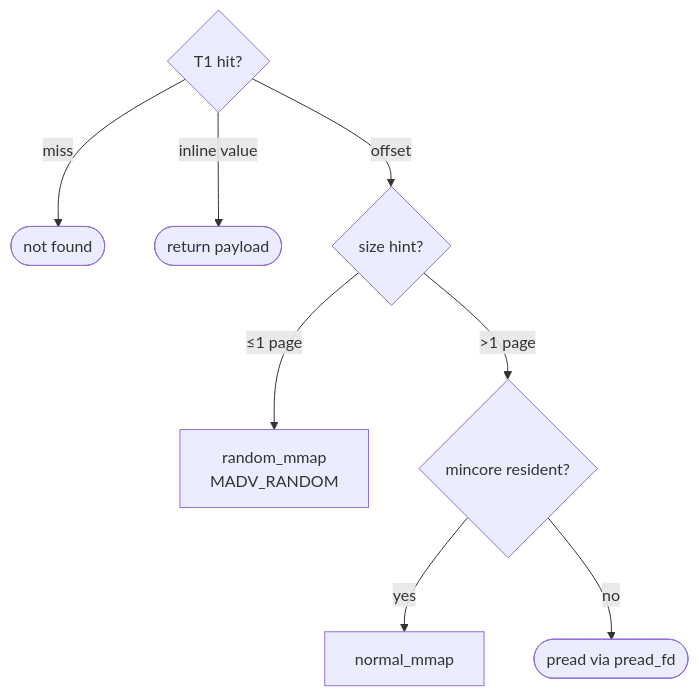
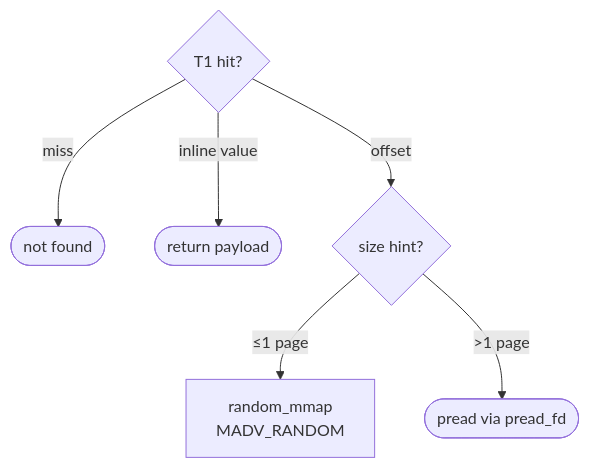
One commit to LineairDB/vmemkv changed the second of 4 diagrams in docs/specification/low_level_design.md. Above: the diagram before and after it, drawn with Mermaid. The commit also changed other lines of this file and 29 other files, not shown here.

````diff
--- a/docs/specification/low_level_design.md
+++ b/docs/specification/low_level_design.md
@@ -150,10 +151,8 @@
 ```mermaid
 flowchart TD
     T{T1 hit?} -- miss --> NF([not found])
     T -- inline value --> RV([return payload])
     T -- offset --> SZ{size hint?}
     SZ -- "≤1 page" --> B[random_mmap\nMADV_RANDOM]
-    SZ -- ">1 page" --> MC{mincore resident?}
-    MC -- yes --> MS[normal_mmap]
-    MC -- no --> PF([pread via pread_fd])
+    SZ -- ">1 page" --> PF([pread via pread_fd])
 ```
````
